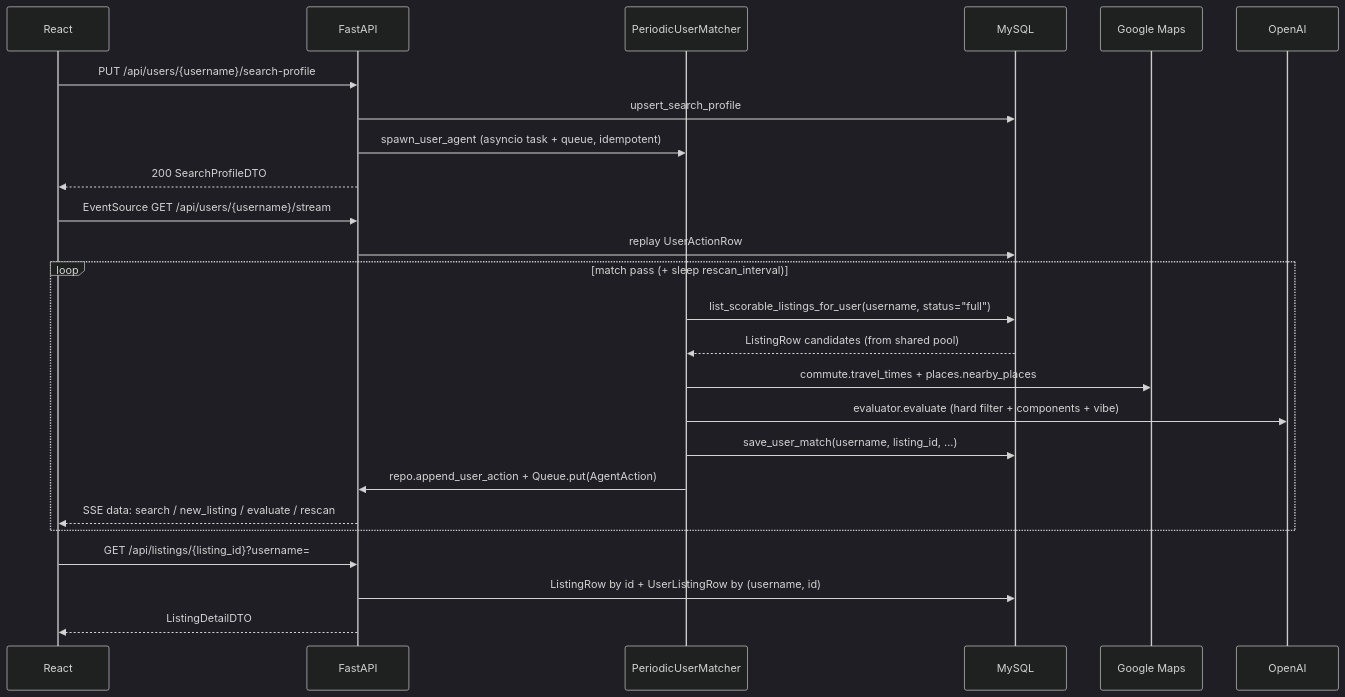
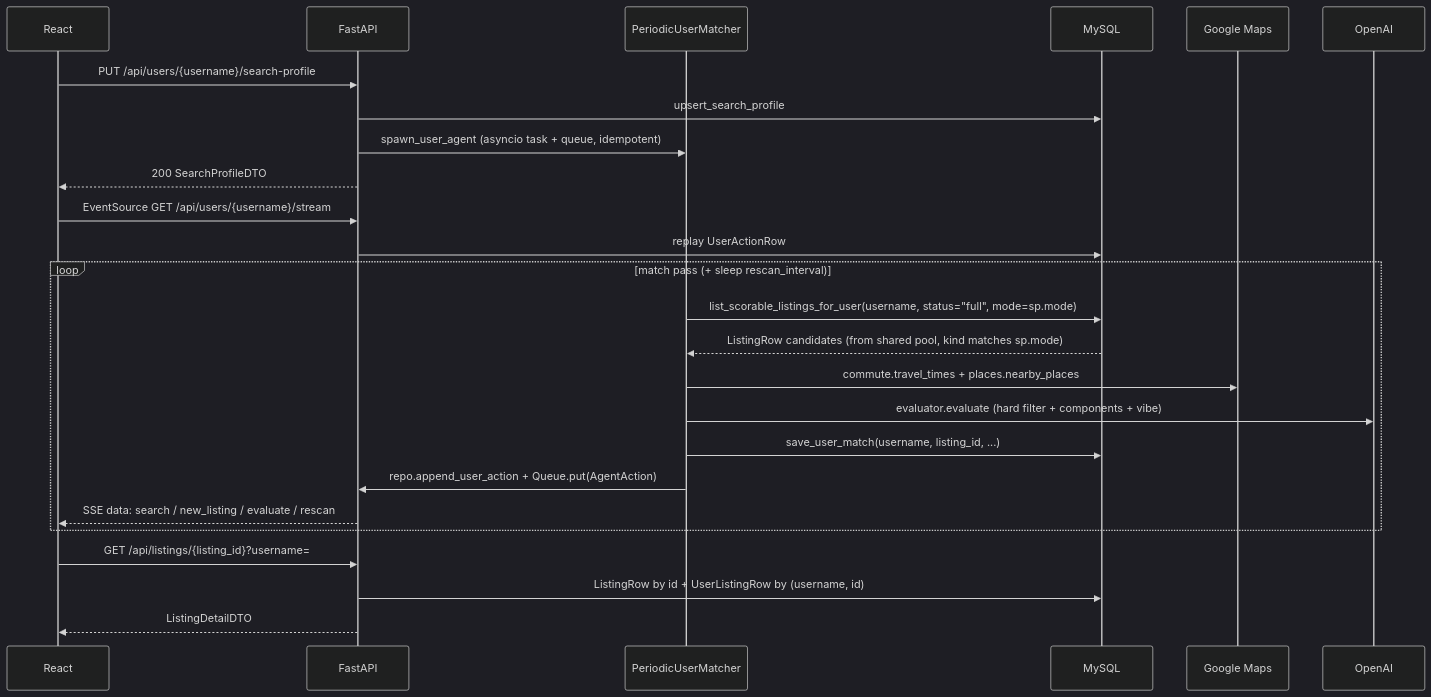
One commit to v-ya-ch-e/tumai-makeathon-2026 changed the second of 3 diagrams in docs/ARCHITECTURE.md. Above: the diagram before and after it, drawn with Mermaid (dark theme). The commit also changed other lines of this file and 45 other files, not shown here.

````diff
--- a/docs/ARCHITECTURE.md
+++ b/docs/ARCHITECTURE.md
@@ -58,28 +59,28 @@
 ```mermaid
 sequenceDiagram
   participant UI as React
   participant API as FastAPI
   participant PM as PeriodicUserMatcher
   participant DB as MySQL
   participant GM as Google Maps
   participant OAI as OpenAI
 
   UI->>API: PUT /api/users/{username}/search-profile
   API->>DB: upsert_search_profile
   API->>PM: spawn_user_agent (asyncio task + queue, idempotent)
   API-->>UI: 200 SearchProfileDTO
   UI->>API: EventSource GET /api/users/{username}/stream
   API->>DB: replay UserActionRow
   loop match pass (+ sleep rescan_interval)
-    PM->>DB: list_scorable_listings_for_user(username, status="full")
-    DB-->>PM: ListingRow candidates (from shared pool)
+    PM->>DB: list_scorable_listings_for_user(username, status="full", mode=sp.mode)
+    DB-->>PM: ListingRow candidates (from shared pool, kind matches sp.mode)
     PM->>GM: commute.travel_times + places.nearby_places
     PM->>OAI: evaluator.evaluate (hard filter + components + vibe)
     PM->>DB: save_user_match(username, listing_id, ...)
     PM->>API: repo.append_user_action + Queue.put(AgentAction)
     API-->>UI: SSE data: search / new_listing / evaluate / rescan
   end
   UI->>API: GET /api/listings/{listing_id}?username=
   API->>DB: ListingRow by id + UserListingRow by (username, id)
   API-->>UI: ListingDetailDTO
 ```
````
